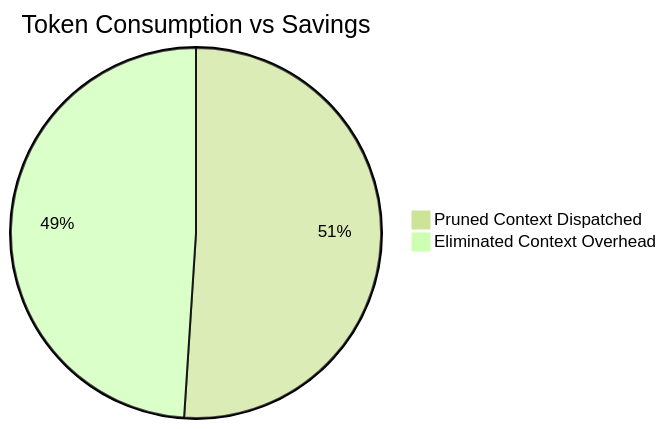
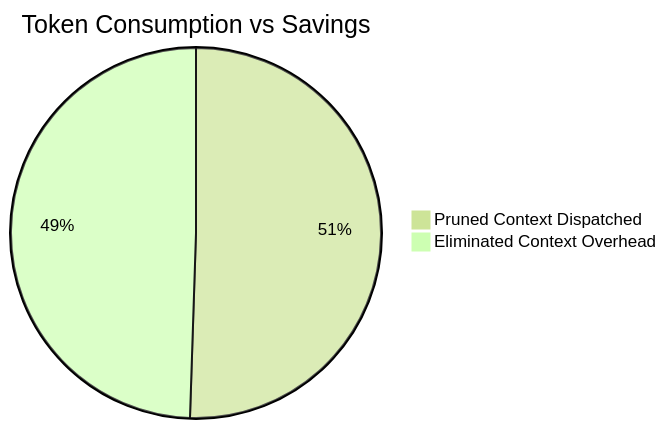
One commit to lakhwindersingh/nb_fairyfly changed the diagram in workplace/docs/reports/token_savings_report.md. Above: the diagram before and after it, drawn with Mermaid (forest theme). The commit also changed other lines of this file and 20 other files, not shown here.

````diff
--- a/workplace/docs/reports/token_savings_report.md
+++ b/workplace/docs/reports/token_savings_report.md
@@ -26,5 +26,5 @@
 ```mermaid
 pie title Token Consumption vs Savings
-    "Pruned Context Dispatched" : 3179675
-    "Eliminated Context Overhead" : 3052019
+    "Pruned Context Dispatched" : 3492690
+    "Eliminated Context Overhead" : 3421101
 ```
````
